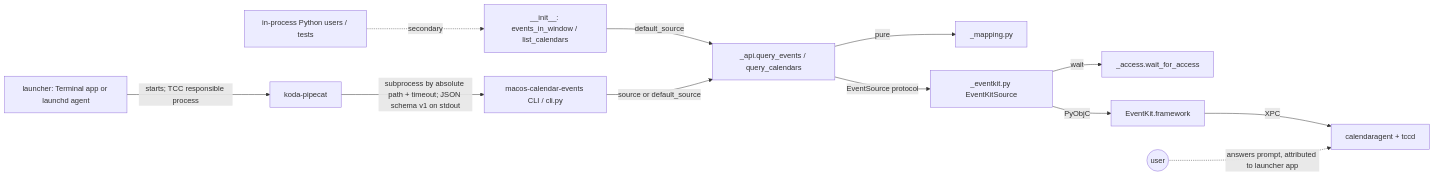
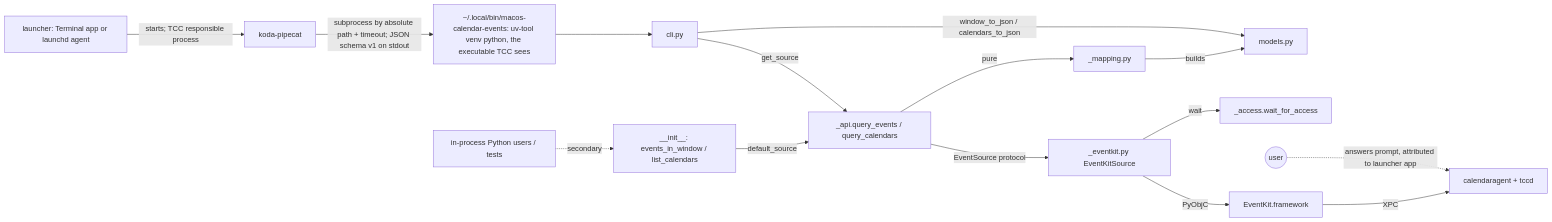
Before and after one commit to vr000m/macos-calendar-events: the first of 2 diagrams in docs/dev_plans/20261119-feature-macos-calendar-events-core.md, drawn with Mermaid. The commit also changed other lines of this file, not shown here.

````diff
--- a/docs/dev_plans/20261119-feature-macos-calendar-events-core.md
+++ b/docs/dev_plans/20261119-feature-macos-calendar-events-core.md
@@ -167,14 +172,17 @@
 ```mermaid
 graph LR
     L[launcher: Terminal app or launchd agent] -->|starts; TCC responsible process| K[koda-pipecat]
-    K -->|subprocess by absolute path + timeout; JSON schema v1 on stdout| CLI[macos-calendar-events CLI / cli.py]
+    K -->|subprocess by absolute path + timeout; JSON schema v1 on stdout| BIN[~/.local/bin/macos-calendar-events: uv-tool venv python, the executable TCC sees]
+    BIN --> CLI[cli.py]
     P[in-process Python users / tests] -.->|secondary| INIT[__init__: events_in_window / list_calendars]
     INIT -->|default_source| API[_api.query_events / query_calendars]
-    CLI -->|source or default_source| API
+    CLI -->|get_source| API
     API -->|pure| MAP[_mapping.py]
+    MAP -->|builds| MOD[models.py]
+    CLI -->|window_to_json / calendars_to_json| MOD
     API -->|EventSource protocol| EK[_eventkit.py EventKitSource]
     EK -->|wait| ACC[_access.wait_for_access]
     EK -->|PyObjC| EVK[EventKit.framework]
     EVK -->|XPC| CAL[calendaragent + tccd]
     U((user)) -.->|answers prompt, attributed to launcher app| CAL
 ```
````
